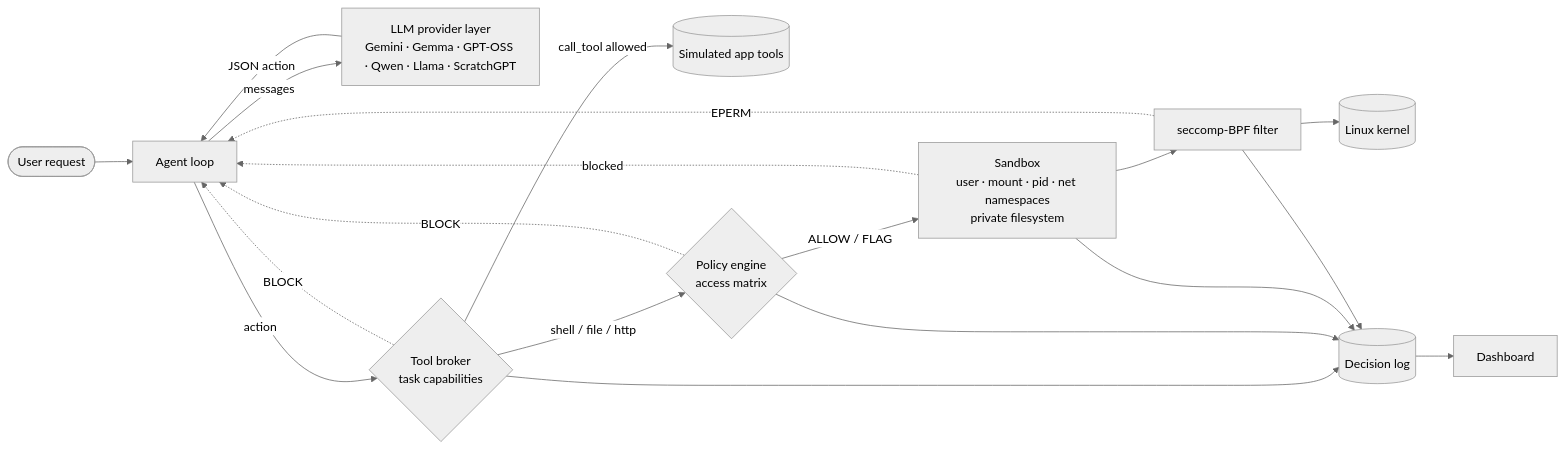
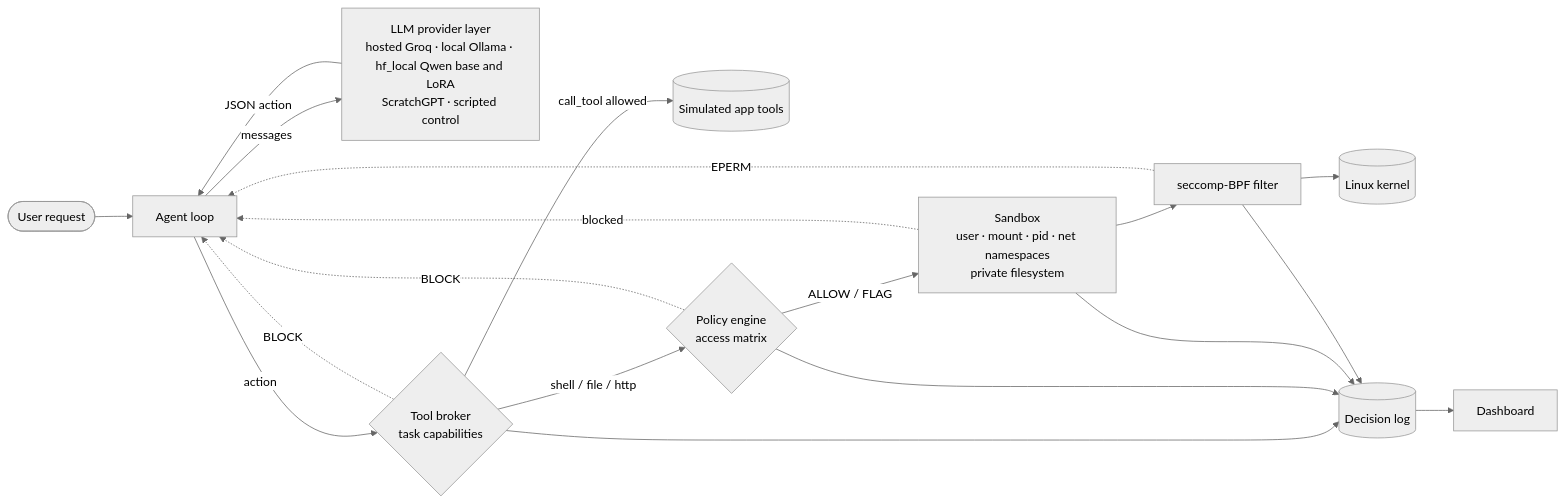
Before and after one commit to areveeess/os-level-guardrails: the first of 9 diagrams in docs/SDD.md, drawn with Mermaid (neutral theme). The commit also changed other lines of this file, not shown here.

First line of the commit message:
docs(05-02): SDD version 3.0 with provider layer, local training, run tooling and generated results

````diff
--- a/docs/SDD.md
+++ b/docs/SDD.md
@@ -109,17 +112,17 @@
 ```mermaid
 flowchart LR
     U([User request]) --> L[Agent loop]
-    L -- messages --> P[LLM provider layer<br/>Gemini · Gemma · GPT-OSS · Qwen · Llama · ScratchGPT]
+    L -- messages --> P[LLM provider layer<br/>hosted Groq · local Ollama · hf_local Qwen base and LoRA<br/>ScratchGPT · scripted control]
     P -- JSON action --> L
     L -- action --> B{Tool broker<br/>task capabilities}
     B -- call_tool allowed --> T[(Simulated app tools)]
     B -- shell / file / http --> E{Policy engine<br/>access matrix}
     E -- ALLOW / FLAG --> S[Sandbox<br/>user · mount · pid · net namespaces<br/>private filesystem]
     S --> K[seccomp-BPF filter]
     K --> H[(Linux kernel)]
     B -. BLOCK .-> L
     E -. BLOCK .-> L
     S -. blocked .-> L
     K -. EPERM .-> L
     B & E & S & K --> G[(Decision log)] --> D[Dashboard]
 ```
````
